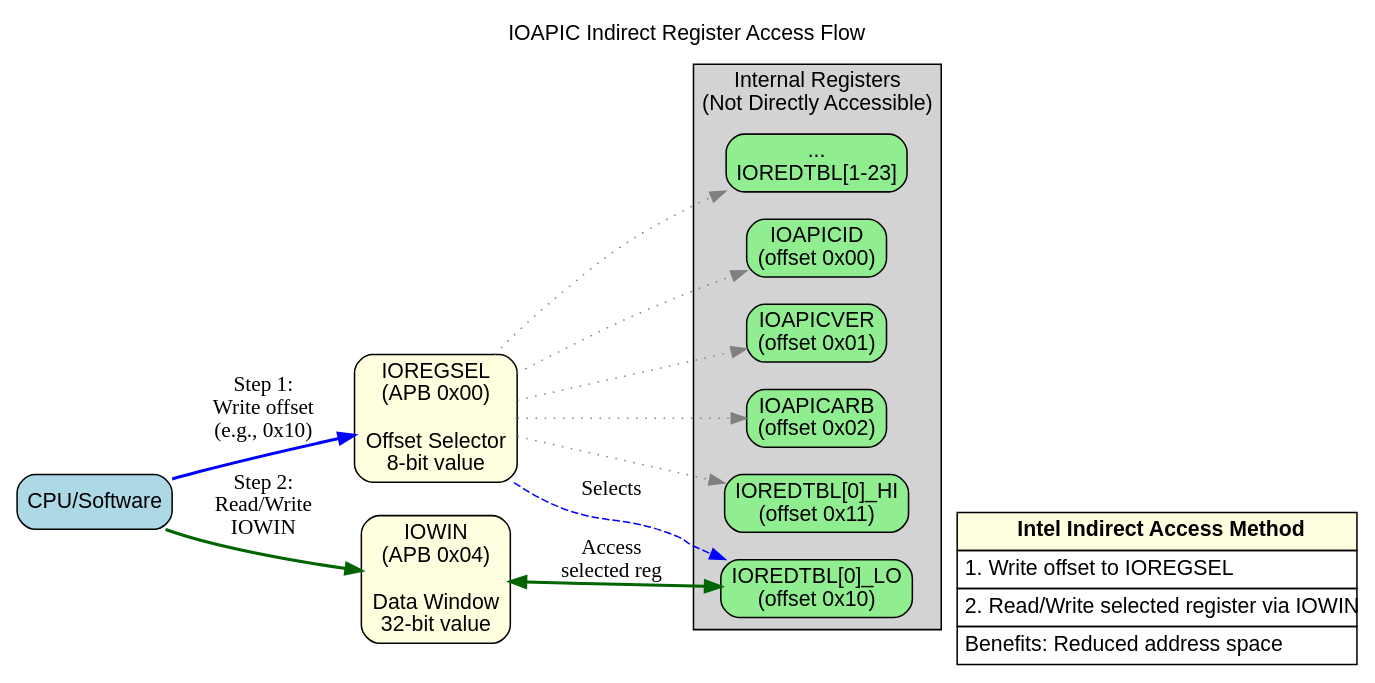
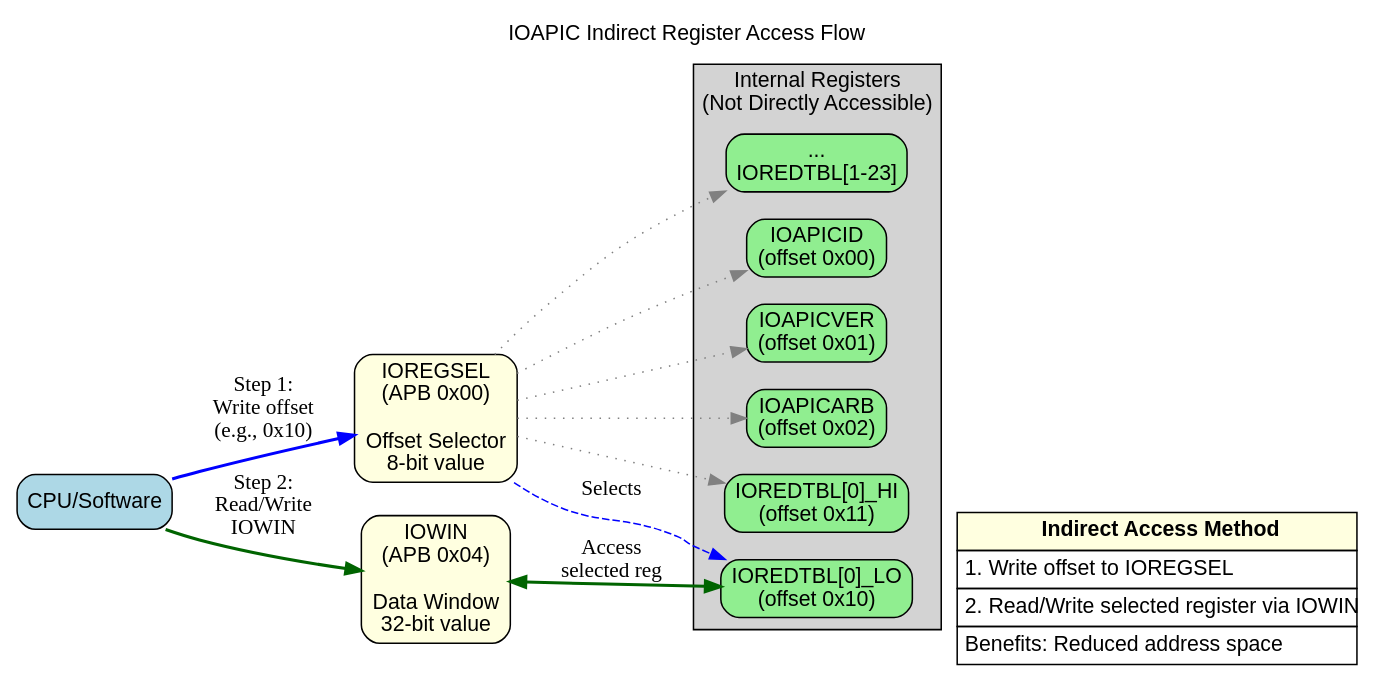
One commit to sean-galloway/RTLDesignSherpa changed the diagram in projects/components/retro_legacy_blocks/docs/ioapic_mas/assets/graphviz/indirect_access.gv. Above: the diagram before and after it, drawn with Graphviz. The commit also changed 138 other files, not shown here.

```diff
--- a/projects/components/retro_legacy_blocks/docs/ioapic_mas/assets/graphviz/indirect_access.gv
+++ b/projects/components/retro_legacy_blocks/docs/ioapic_mas/assets/graphviz/indirect_access.gv
@@ -1,64 +1,64 @@
 // IOAPIC Indirect Register Access Method
 // Graphviz DOT format  
 // Generate: dot -Tpng indirect_access.gv -o indirect_access.png
 
 digraph indirect_access {
     rankdir=LR;
     bgcolor="white";
     fontname="Arial";
     
     // Nodes
     node [shape=box, style="rounded,filled", fontname="Arial"];
     
     cpu [label="CPU/Software", fillcolor="lightblue"];
     ioregsel [label="IOREGSEL\n(APB 0x00)\n\nOffset Selector\n8-bit value", fillcolor="lightyellow"];
     iowin [label="IOWIN\n(APB 0x04)\n\nData Window\n32-bit value", fillcolor="lightyellow"];
     
     subgraph cluster_internal {
         label="Internal Registers\n(Not Directly Accessible)";
         style=filled;
         fillcolor="lightgray";
         
         node [fillcolor="lightgreen"];
         ioapicid [label="IOAPICID\n(offset 0x00)"];
         ioapicver [label="IOAPICVER\n(offset 0x01)"];
         ioapicarb [label="IOAPICARB\n(offset 0x02)"];
         redtbl0_lo [label="IOREDTBL[0]_LO\n(offset 0x10)"];
         redtbl0_hi [label="IOREDTBL[0]_HI\n(offset 0x11)"];
         redtbl_etc [label="...\nIOREDTBL[1-23]"];
     }
     
     // Step 1: Write offset to IOREGSEL
     cpu -> ioregsel [label="Step 1:\nWrite offset\n(e.g., 0x10)", color="blue", penwidth=2];
     
     // Step 2: IOREGSEL selects internal register
     ioregsel -> redtbl0_lo [label="Selects", style=dashed, color="blue"];
     
     // Step 3: Access via IOWIN
     cpu -> iowin [label="Step 2:\nRead/Write\nIOWIN", color="darkgreen", penwidth=2];
     iowin -> redtbl0_lo [label="Access\nselected reg", dir=both, color="darkgreen", penwidth=2];
     
     // Other possible selections (shown lighter)
     ioregsel -> ioapicid [style=dotted, color="gray"];
     ioregsel -> ioapicver [style=dotted, color="gray"];
     ioregsel -> ioapicarb [style=dotted, color="gray"];
     ioregsel -> redtbl0_hi [style=dotted, color="gray"];
     ioregsel -> redtbl_etc [style=dotted, color="gray"];
     
     // Legend
     {
         rank=sink;
         legend [shape=none, margin=0, fillcolor="white", label=<
             <table border="0" cellborder="1" cellspacing="0" cellpadding="4">
-                <tr><td bgcolor="lightyellow"><b>Intel Indirect Access Method</b></td></tr>
+                <tr><td bgcolor="lightyellow"><b>Indirect Access Method</b></td></tr>
                 <tr><td align="left">1. Write offset to IOREGSEL</td></tr>
                 <tr><td align="left">2. Read/Write selected register via IOWIN</td></tr>
                 <tr><td align="left">Benefits: Reduced address space</td></tr>
             </table>
         >];
     }
     
     // Title
     labelloc="t";
     label="IOAPIC Indirect Register Access Flow";
 }
```
